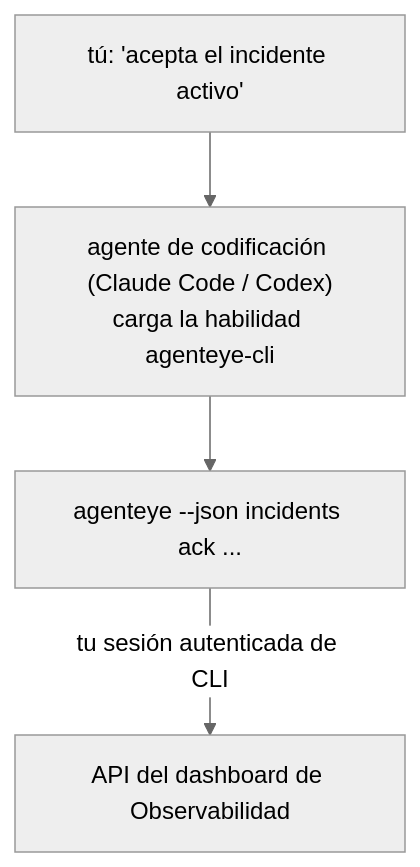
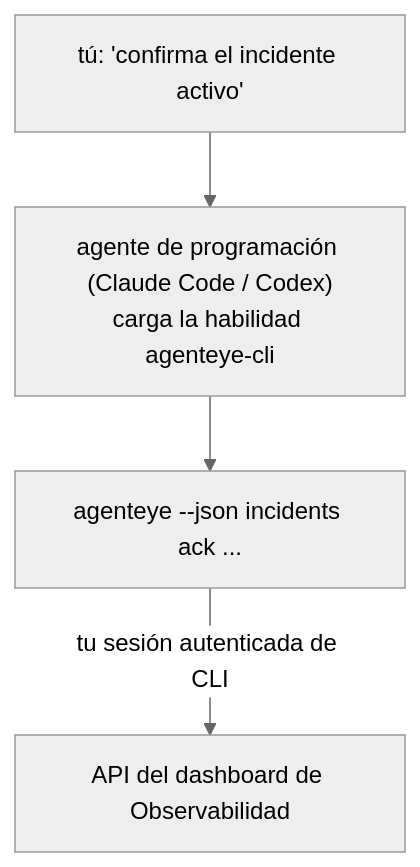
The diagram in docs/es/agenteye/cli-skill.mdx (FailproofAI/failproofai), drawn with Mermaid (neutral theme) before and after one commit. The commit also changed other lines of this file and 677 other files, not shown here.

````diff
--- a/docs/es/agenteye/cli-skill.mdx
+++ b/docs/es/agenteye/cli-skill.mdx
@@ -28,6 +28,6 @@
 ```mermaid
 flowchart TD
-    YOU["tú: 'acepta el incidente activo'"] --> AGENT["agente de codificación (Claude Code / Codex)<br/>carga la habilidad agenteye-cli"]
+    YOU["tú: 'confirma el incidente activo'"] --> AGENT["agente de programación (Claude Code / Codex)<br/>carga la habilidad agenteye-cli"]
     AGENT --> CLI["agenteye --json incidents ack ..."]
     CLI -->|tu sesión autenticada de CLI| API["API del dashboard de Observabilidad"]
 ```
````
